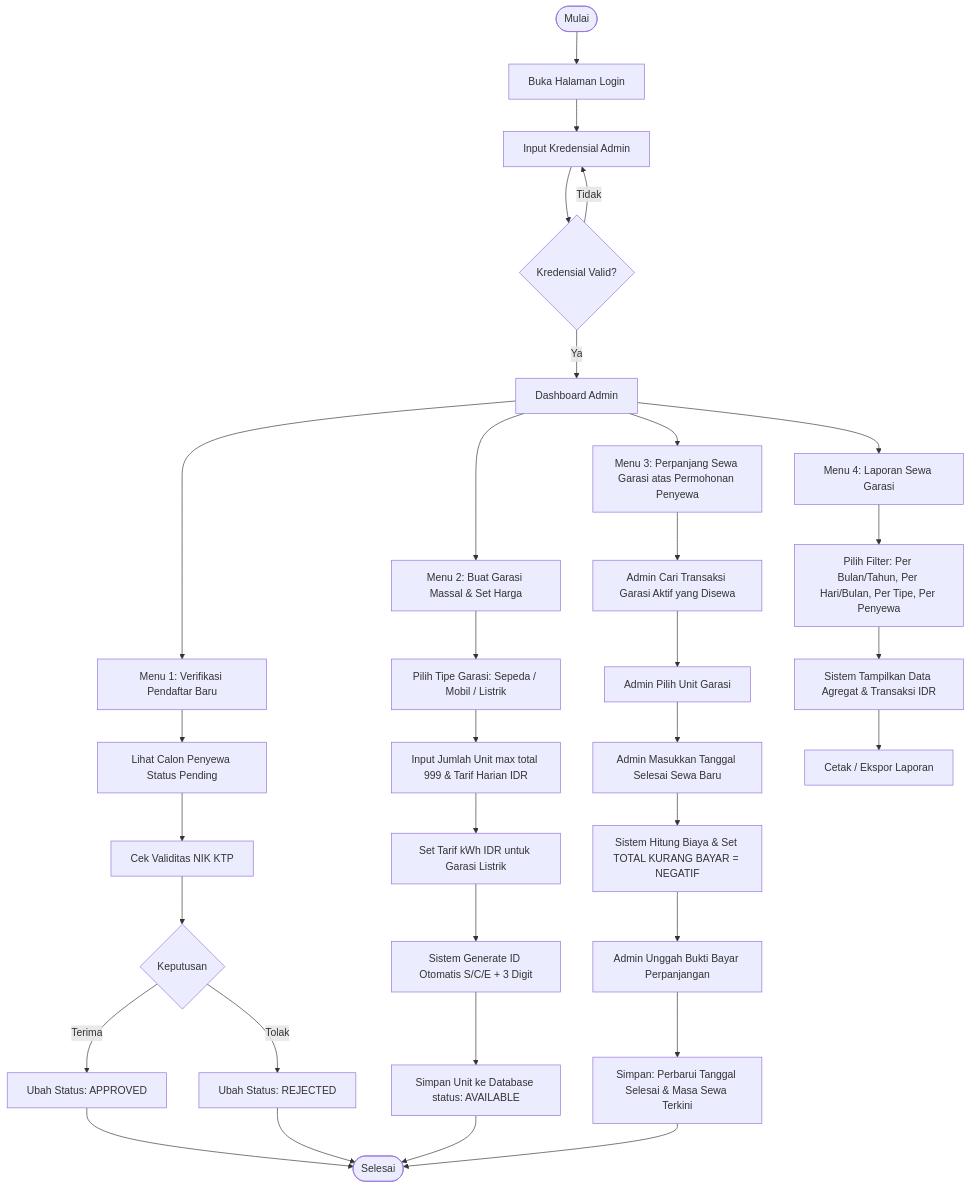
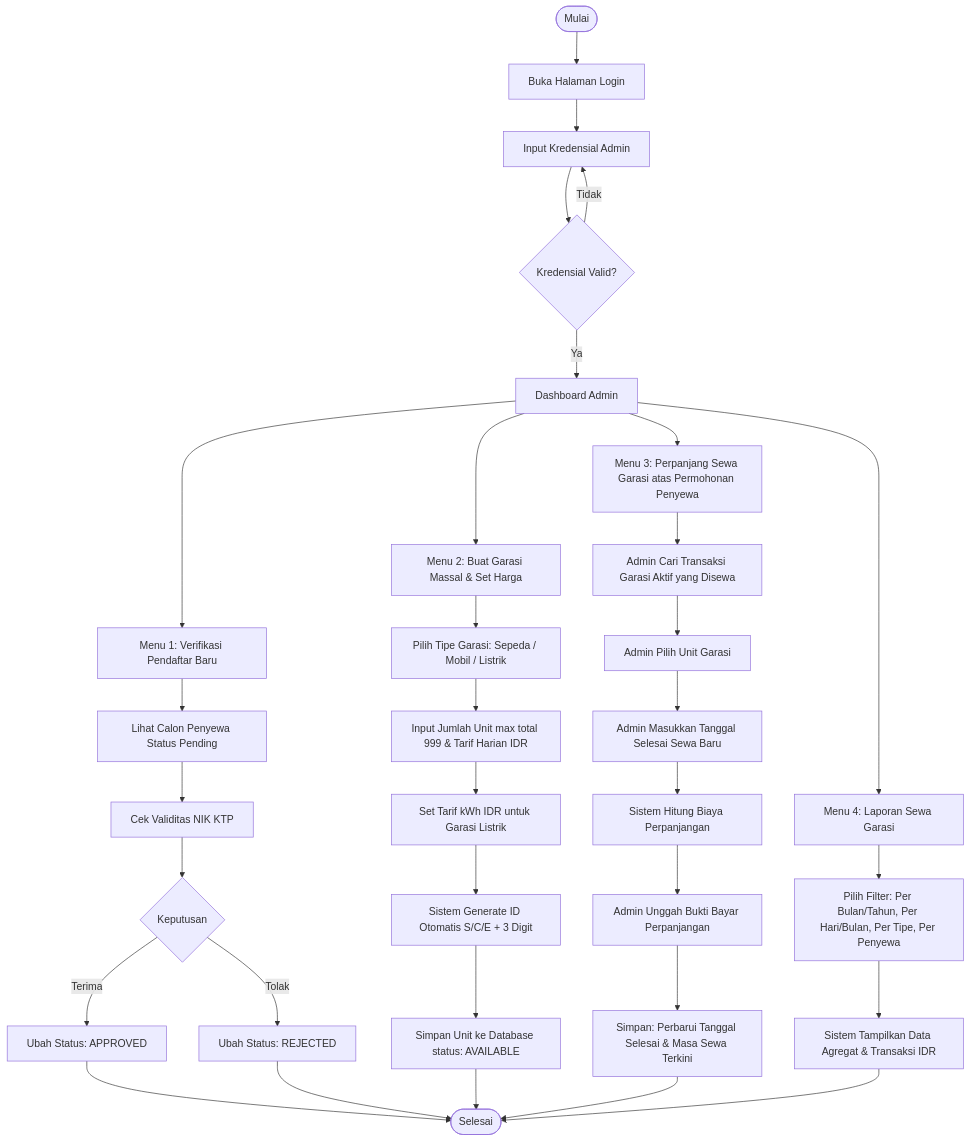
Before and after one commit to rachelletjndr/GarageRent: the second of 2 diagrams in docs/SRS_Sistem_Informasi_Penyewaan_Garasi.md, drawn with Mermaid. The commit also changed other lines of this file and 117 other files, not shown here.

````diff
--- a/docs/SRS_Sistem_Informasi_Penyewaan_Garasi.md
+++ b/docs/SRS_Sistem_Informasi_Penyewaan_Garasi.md
@@ -501,40 +495,40 @@
 ```mermaid
 flowchart TD
     A([Mulai]) --> B[Buka Halaman Login]
     B --> C[Input Kredensial Admin]
     C --> D{Kredensial Valid?}
     D -- Tidak --> C
     D -- Ya --> E[Dashboard Admin]
     
     E --> F[Menu 1: Verifikasi Pendaftar Baru]
     F --> F1[Lihat Calon Penyewa Status Pending]
     F1 --> F2[Cek Validitas NIK KTP]
     F2 --> F3{Keputusan}
     F3 -- Terima --> F4[Ubah Status: APPROVED]
     F3 -- Tolak --> F5[Ubah Status: REJECTED]
     
     E --> G[Menu 2: Buat Garasi Massal & Set Harga]
     G --> G1[Pilih Tipe Garasi: Sepeda / Mobil / Listrik]
     G1 --> G2[Input Jumlah Unit max total 999 & Tarif Harian IDR]
     G2 --> G3[Set Tarif kWh IDR untuk Garasi Listrik]
     G3 --> G4[Sistem Generate ID Otomatis S/C/E + 3 Digit]
     G4 --> G5[Simpan Unit ke Database status: AVAILABLE]
     
     E --> H[Menu 3: Perpanjang Sewa Garasi atas Permohonan Penyewa]
     H --> H1[Admin Cari Transaksi Garasi Aktif yang Disewa]
     H1 --> H2[Admin Pilih Unit Garasi]
     H2 --> H3[Admin Masukkan Tanggal Selesai Sewa Baru]
-    H3 --> H4[Sistem Hitung Biaya & Set TOTAL KURANG BAYAR = NEGATIF]
+    H3 --> H4[Sistem Hitung Biaya Perpanjangan]
     H4 --> H5[Admin Unggah Bukti Bayar Perpanjangan]
     H5 --> H6[Simpan: Perbarui Tanggal Selesai & Masa Sewa Terkini]
     
     E --> I[Menu 4: Laporan Sewa Garasi]
     I --> I1[Pilih Filter: Per Bulan/Tahun, Per Hari/Bulan, Per Tipe, Per Penyewa]
     I1 --> I2[Sistem Tampilkan Data Agregat & Transaksi IDR]
-    I2 --> I3[Cetak / Ekspor Laporan]
     
     F4 --> J([Selesai])
     F5 --> J
     G5 --> J
     H6 --> J
+    I2 --> J
 ```
````
